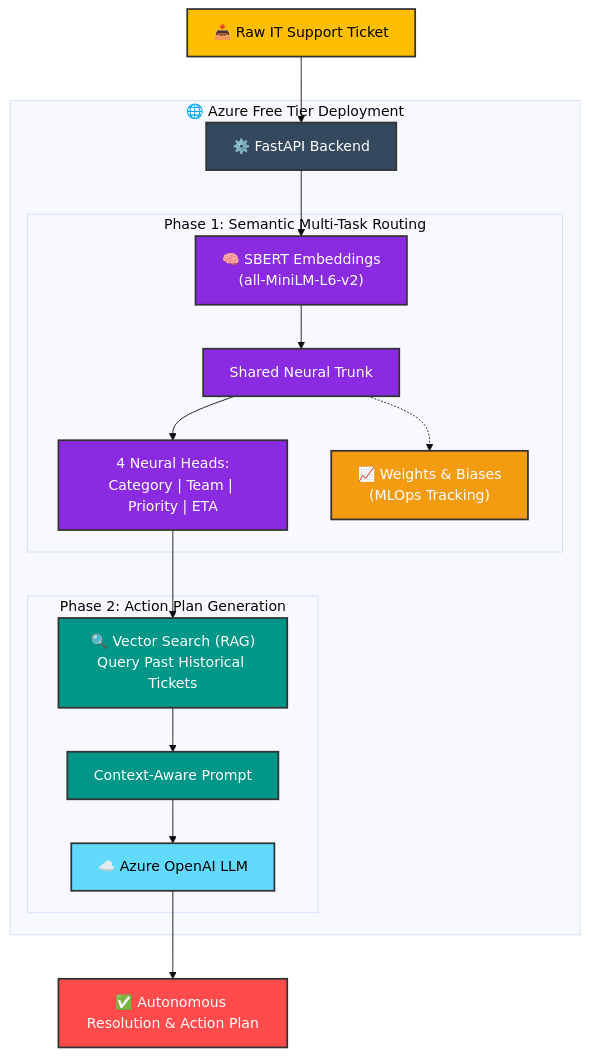
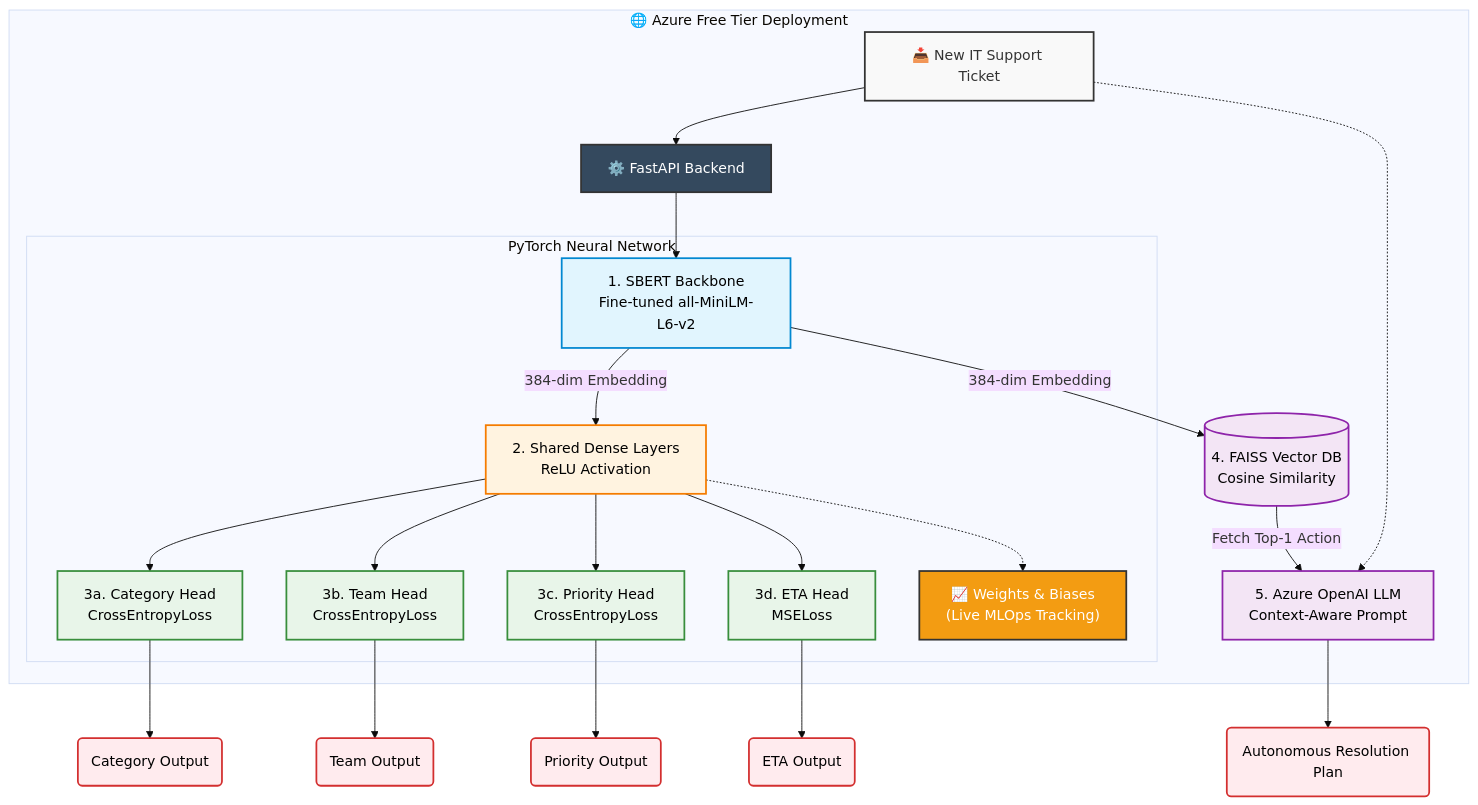
One commit to srinath2934/An-End-to-End-Semantic-AI-System-for-Automated-Support-Ticket-Handling changed the first of 2 diagrams in README.md. Above: the diagram before and after it, drawn with Mermaid (base theme). The commit also changed other lines of this file, not shown here.

Commit message:
docs: add exact brainstorming diagram with FAISS and semantic business pitch

````diff
--- a/README.md
+++ b/README.md
@@ -33,31 +33,46 @@
 ```mermaid
 graph TD
     %% Styling
-    classDef input fill:#FFBE00,stroke:#333,stroke-width:2px,color:#000
-    classDef ml fill:#8A2BE2,stroke:#333,stroke-width:2px,color:#fff
-    classDef rag fill:#009688,stroke:#333,stroke-width:2px,color:#fff
-    classDef llm fill:#61DAFB,stroke:#333,stroke-width:2px,color:#000
+    classDef input fill:#f9f9f9,stroke:#333,stroke-width:2px
+    classDef sbert fill:#e1f5fe,stroke:#0288d1,stroke-width:2px,color:#000
+    classDef mtl fill:#fff3e0,stroke:#f57c00,stroke-width:2px,color:#000
+    classDef head fill:#e8f5e9,stroke:#388e3c,stroke-width:2px,color:#000
+    classDef rag fill:#f3e5f5,stroke:#8e24aa,stroke-width:2px,color:#000
     classDef ops fill:#f39c12,stroke:#333,stroke-width:2px,color:#fff
     classDef deploy fill:#34495e,stroke:#333,stroke-width:2px,color:#fff
-    classDef output fill:#FF4B4B,stroke:#333,stroke-width:2px,color:#fff
+    classDef output fill:#ffebee,stroke:#d32f2f,stroke-width:2px,color:#000
 
-    Ticket["📥 Raw IT Support Ticket"]:::input --> API
+    %% Inputs
+    Ticket[📥 New IT Support Ticket]:::input --> API
     
     subgraph Cloud [🌐 Azure Free Tier Deployment]
         API["⚙️ FastAPI Backend"]:::deploy --> SBERT
 
-        subgraph Phase1 [Phase 1: Semantic Multi-Task Routing]
-            SBERT["🧠 SBERT Embeddings<br/>(all-MiniLM-L6-v2)"]:::ml --> Trunk["Shared Neural Trunk"]:::ml
-            Trunk --> Heads["4 Neural Heads:<br/>Category | Team | Priority | ETA"]:::ml
-            Trunk -.-> WandB["📈 Weights & Biases<br/>(MLOps Tracking)"]:::ops
+        %% SBERT Backbone
+        subgraph PyTorch Neural Network
+            SBERT[1. SBERT Backbone<br>Fine-tuned all-MiniLM-L6-v2]:::sbert
+            
+            SBERT -- "384-dim Embedding" --> SharedTrunk[2. Shared Dense Layers<br>ReLU Activation]:::mtl
+            
+            %% Output Heads
+            SharedTrunk --> CatHead[3a. Category Head<br>CrossEntropyLoss]:::head
+            SharedTrunk --> TeamHead[3b. Team Head<br>CrossEntropyLoss]:::head
+            SharedTrunk --> PrioHead[3c. Priority Head<br>CrossEntropyLoss]:::head
+            SharedTrunk --> ETAHead[3d. ETA Head<br>MSELoss]:::head
+            
+            SharedTrunk -.-> WandB["📈 Weights & Biases<br>(Live MLOps Tracking)"]:::ops
         end
-        
-        subgraph Phase2 [Phase 2: Action Plan Generation]
-            Heads --> Search["🔍 Vector Search (RAG)<br/>Query Past Historical Tickets"]:::rag
-            Search --> Prompt["Context-Aware Prompt"]:::rag
-            Prompt --> OpenAI["☁️ Azure OpenAI LLM"]:::llm
-        end
+
+        %% RAG Component
+        SBERT -- "384-dim Embedding" --> FAISS[(4. FAISS Vector DB<br>Cosine Similarity)]:::rag
+        FAISS -- "Fetch Top-1 Action" --> LLM[5. Azure OpenAI LLM<br>Context-Aware Prompt]:::rag
+        Ticket -.-> LLM
     end
 
-    OpenAI --> Final["✅ Autonomous Resolution & Action Plan"]:::output
+    %% Outputs
+    CatHead --> OutCat(Category Output):::output
+    TeamHead --> OutTeam(Team Output):::output
+    PrioHead --> OutPrio(Priority Output):::output
+    ETAHead --> OutETA(ETA Output):::output
+    LLM --> OutDraft(Autonomous Resolution Plan):::output
 ```
````
